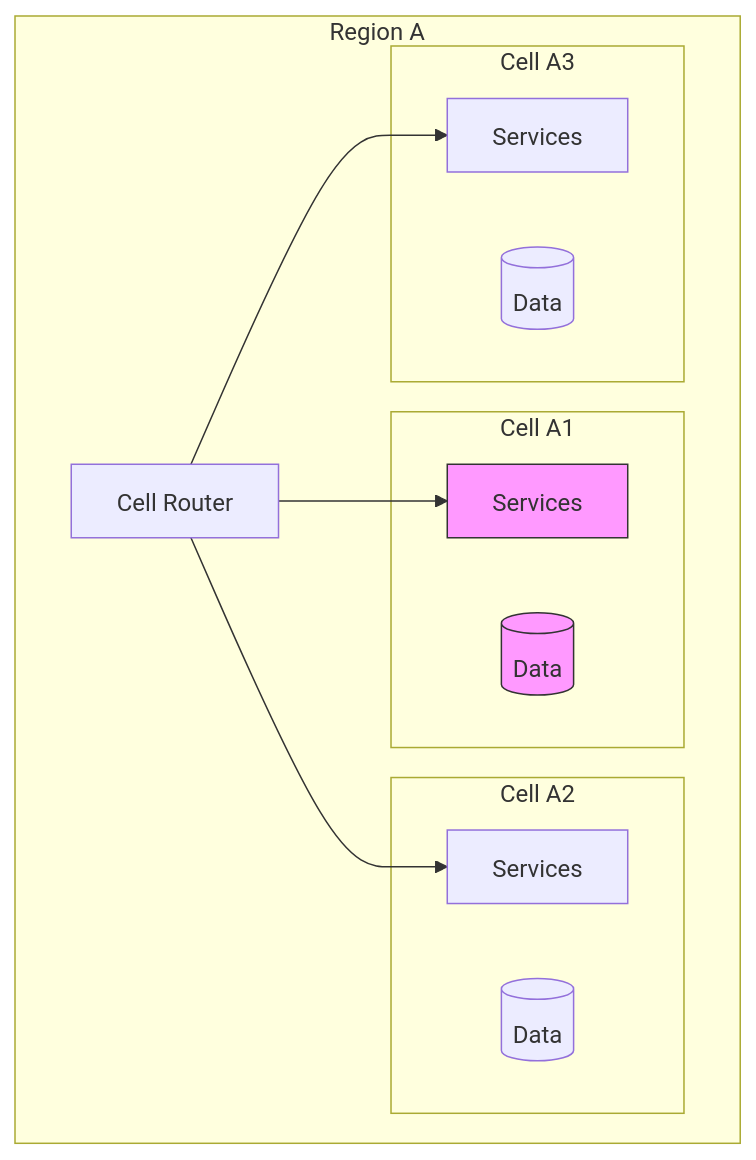
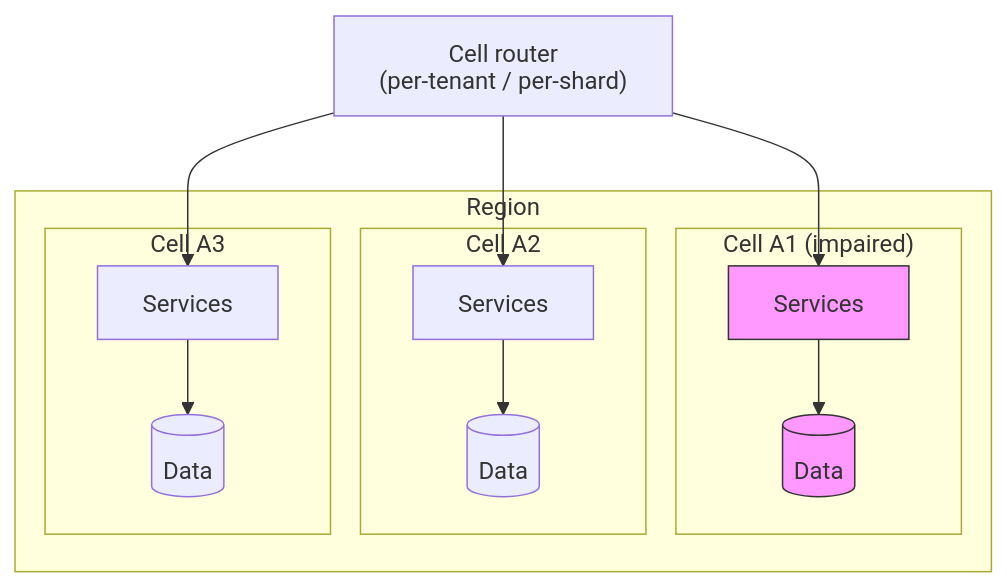
One commit to sujeet-pro/sujeet.pro changed the diagram in content/articles/multi-region-architecture/diagrams/cell-based-architecture-each-cell-is-an-isolated-complete-deployment-serving-a-s.mermaid. Above: the diagram before and after it, drawn with Mermaid. The commit also changed 4067 other files, not shown here.

```diff
--- a/content/articles/multi-region-architecture/diagrams/cell-based-architecture-each-cell-is-an-isolated-complete-deployment-serving-a-s.mermaid
+++ b/content/articles/multi-region-architecture/diagrams/cell-based-architecture-each-cell-is-an-isolated-complete-deployment-serving-a-s.mermaid
@@ -1,24 +1,28 @@
-%% Diagram: Cell Based Architecture Each Cell Is An Isolated Complete Deployment Serving A S
+%% Diagram: Cell-based architecture
 %% Type: flowchart
 %%{init: {'htmlLabels': false}}%%
 flowchart TB
-    subgraph "Region A"
-        subgraph "Cell A1"
+    Router_A["Cell router<br/>(per-tenant / per-shard)"]
+
+    subgraph Region["Region"]
+        subgraph CellA1["Cell A1 (impaired)"]
             SA1["Services"]
             DA1[("Data")]
+            SA1 --> DA1
         end
-        subgraph "Cell A2"
+        subgraph CellA2["Cell A2"]
             SA2["Services"]
             DA2[("Data")]
+            SA2 --> DA2
         end
-        subgraph "Cell A3"
+        subgraph CellA3["Cell A3"]
             SA3["Services"]
             DA3[("Data")]
+            SA3 --> DA3
         end
-        Router_A["Cell Router"]
     end
 
     Router_A --> SA1 & SA2 & SA3
 
     style SA1 fill:#f9f,stroke:#333
     style DA1 fill:#f9f,stroke:#333
```
